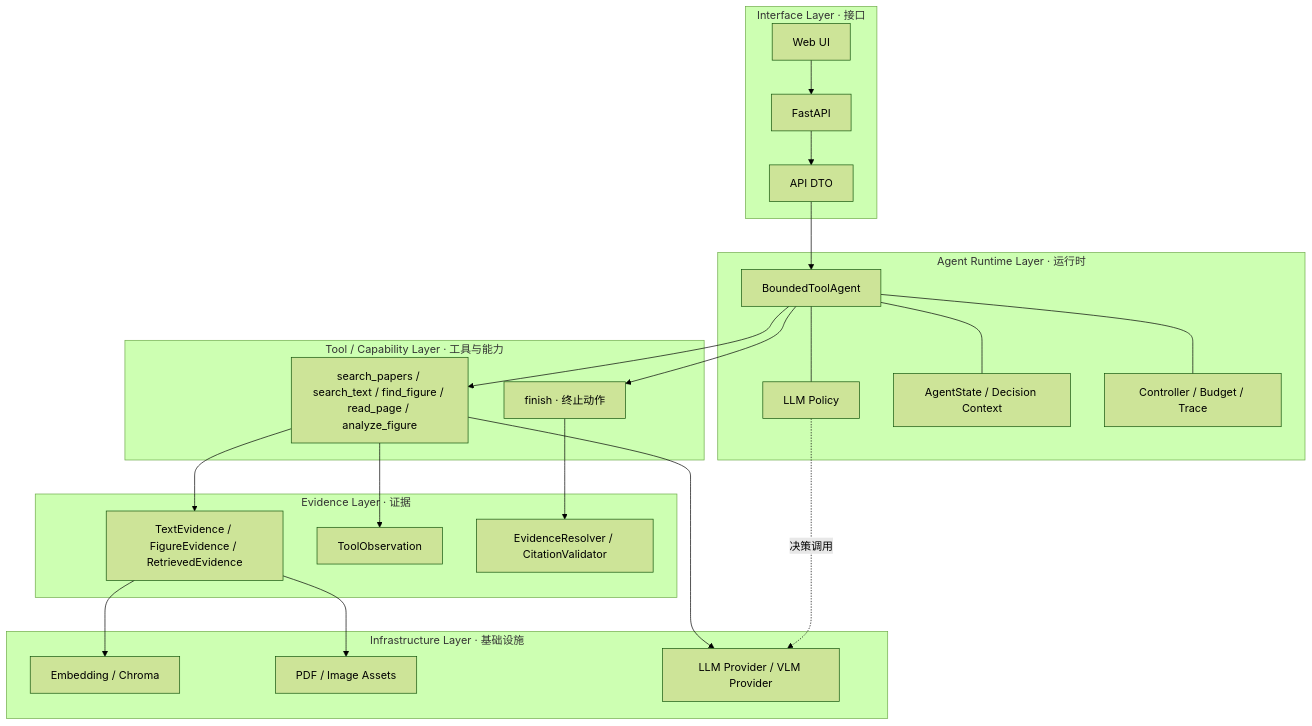
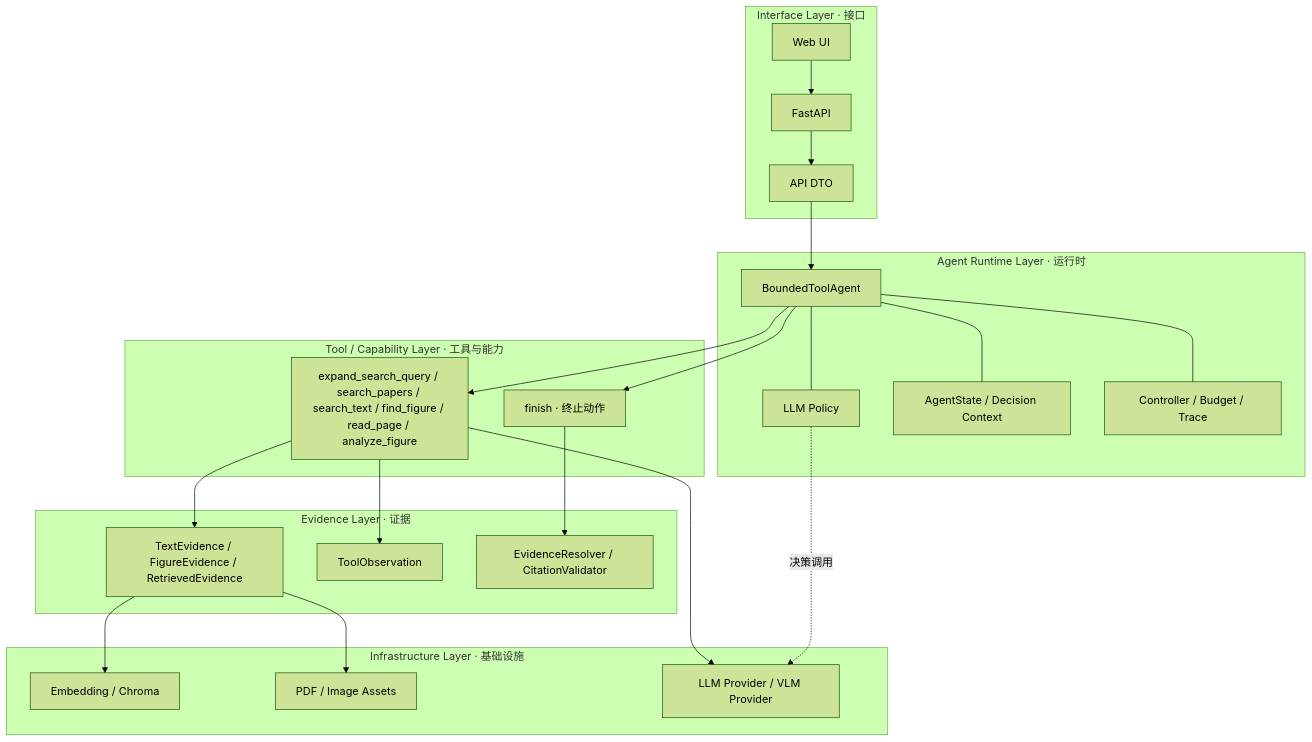
The first of 2 diagrams in README.md (lei421852-oss/Personal-Research-Agent), drawn with Mermaid (forest theme) before and after one commit. The commit also changed other lines of this file and 17 other files, not shown here.

````diff
--- a/README.md
+++ b/README.md
@@ -52,40 +60,40 @@
 ```mermaid
 flowchart TB
     subgraph I[Interface Layer · 接口]
         UI[Web UI] --> API[FastAPI]
         API --> DTO[API DTO]
     end
     subgraph R[Agent Runtime Layer · 运行时]
         AG[BoundedToolAgent]
         P[LLM Policy]
         S[AgentState / Decision Context]
         C[Controller / Budget / Trace]
         AG --- P
         AG --- S
         AG --- C
     end
     subgraph T[Tool / Capability Layer · 工具与能力]
-        TOOLS[search_papers / search_text / find_figure / read_page / analyze_figure]
+        TOOLS[expand_search_query / search_papers / search_text / find_figure / read_page / analyze_figure]
         F[finish · 终止动作]
     end
     subgraph E[Evidence Layer · 证据]
         EV[TextEvidence / FigureEvidence / RetrievedEvidence]
         OB[ToolObservation]
         ER[EvidenceResolver / CitationValidator]
     end
     subgraph B[Infrastructure Layer · 基础设施]
         IDX[Embedding / Chroma]
         AS[PDF / Image Assets]
         PROVIDER[LLM Provider / VLM Provider]
     end
     DTO --> AG
     AG --> TOOLS
     AG --> F
     TOOLS --> EV
     TOOLS --> OB
     F --> ER
     EV --> IDX
     EV --> AS
     TOOLS --> PROVIDER
     P -. 决策调用 .-> PROVIDER
 ```
````
